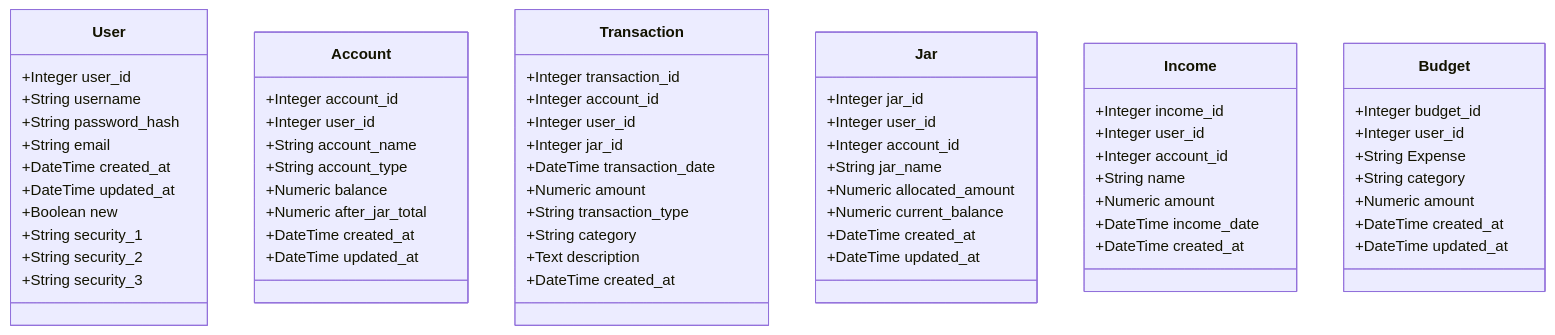
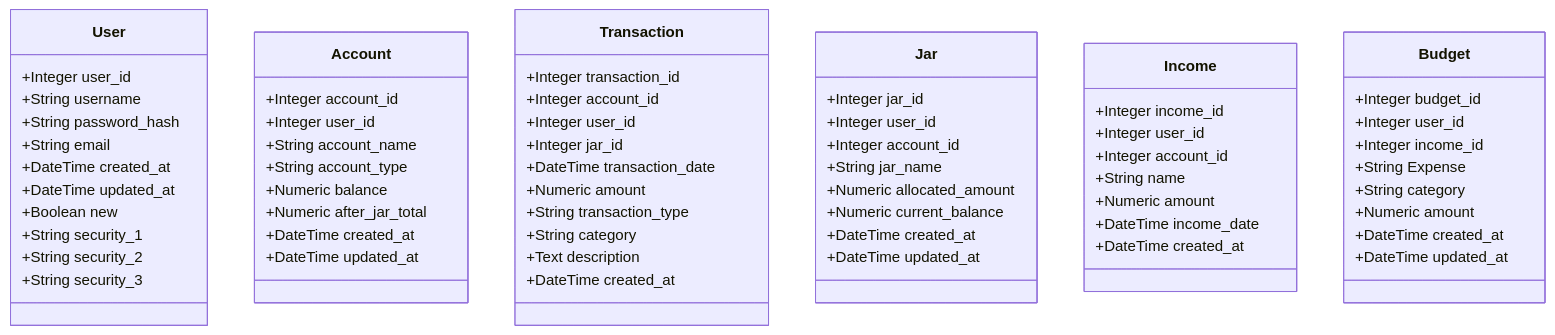
The diagram in Docs/System Modelling/Class_Diagrams.md (UniOfGreenwich/elee1149-coursework--steak), drawn with Mermaid before and after one commit.

````diff
--- a/Docs/System Modelling/Class_Diagrams.md
+++ b/Docs/System Modelling/Class_Diagrams.md
@@ -3,65 +3,66 @@
 ```mermaid
 classDiagram
     class User {
         +Integer user_id
         +String username
         +String password_hash
         +String email
         +DateTime created_at
         +DateTime updated_at
         +Boolean new
         +String security_1
         +String security_2
         +String security_3
     }
     class Account {
         +Integer account_id
         +Integer user_id
         +String account_name
         +String account_type
         +Numeric balance
         +Numeric after_jar_total
         +DateTime created_at
         +DateTime updated_at
     }
     class Transaction {
         +Integer transaction_id
         +Integer account_id
         +Integer user_id
         +Integer jar_id
         +DateTime transaction_date
         +Numeric amount
         +String transaction_type
         +String category
         +Text description
         +DateTime created_at
     }
     class Jar {
         +Integer jar_id
         +Integer user_id
         +Integer account_id
         +String jar_name
         +Numeric allocated_amount
         +Numeric current_balance
         +DateTime created_at
         +DateTime updated_at
     }
     class Income {
         +Integer income_id
         +Integer user_id
         +Integer account_id
         +String name
         +Numeric amount
         +DateTime income_date
         +DateTime created_at
     }
     class Budget {
         +Integer budget_id
         +Integer user_id
+        +Integer income_id
         +String Expense
         +String category
         +Numeric amount
         +DateTime created_at
         +DateTime updated_at
     }
 ```
````
